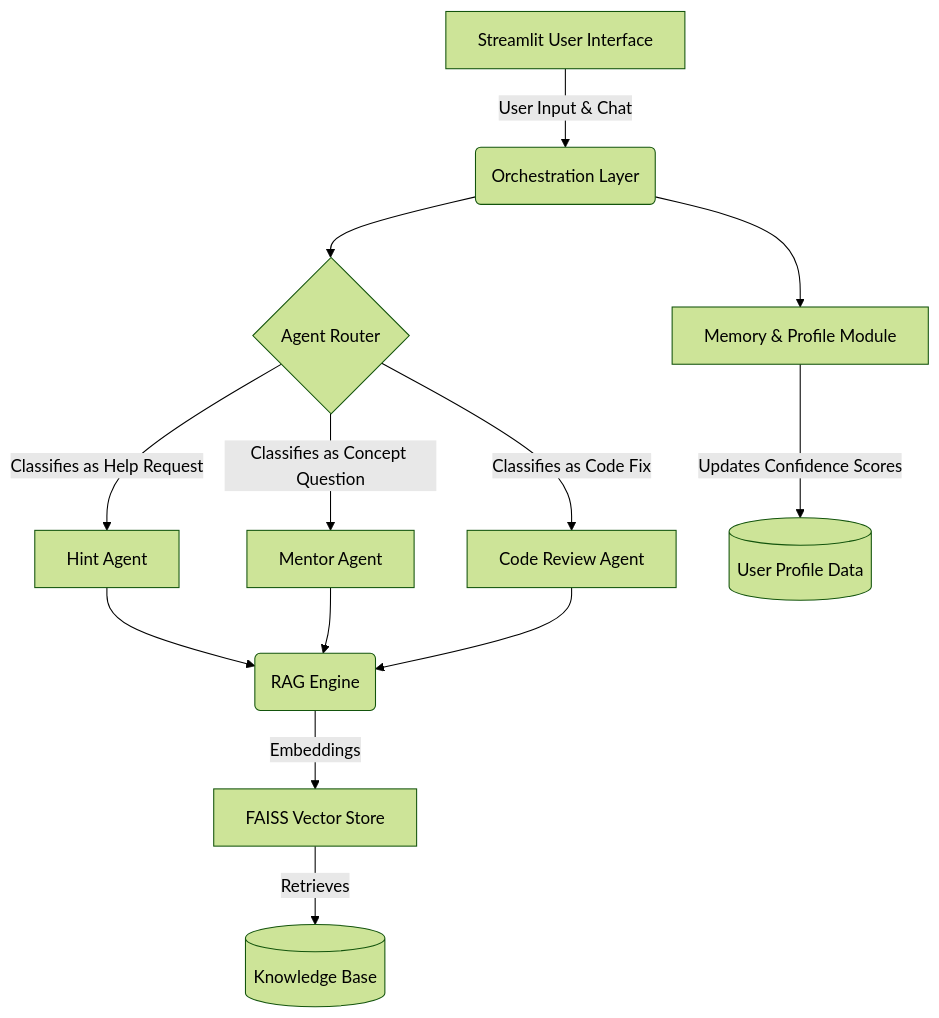
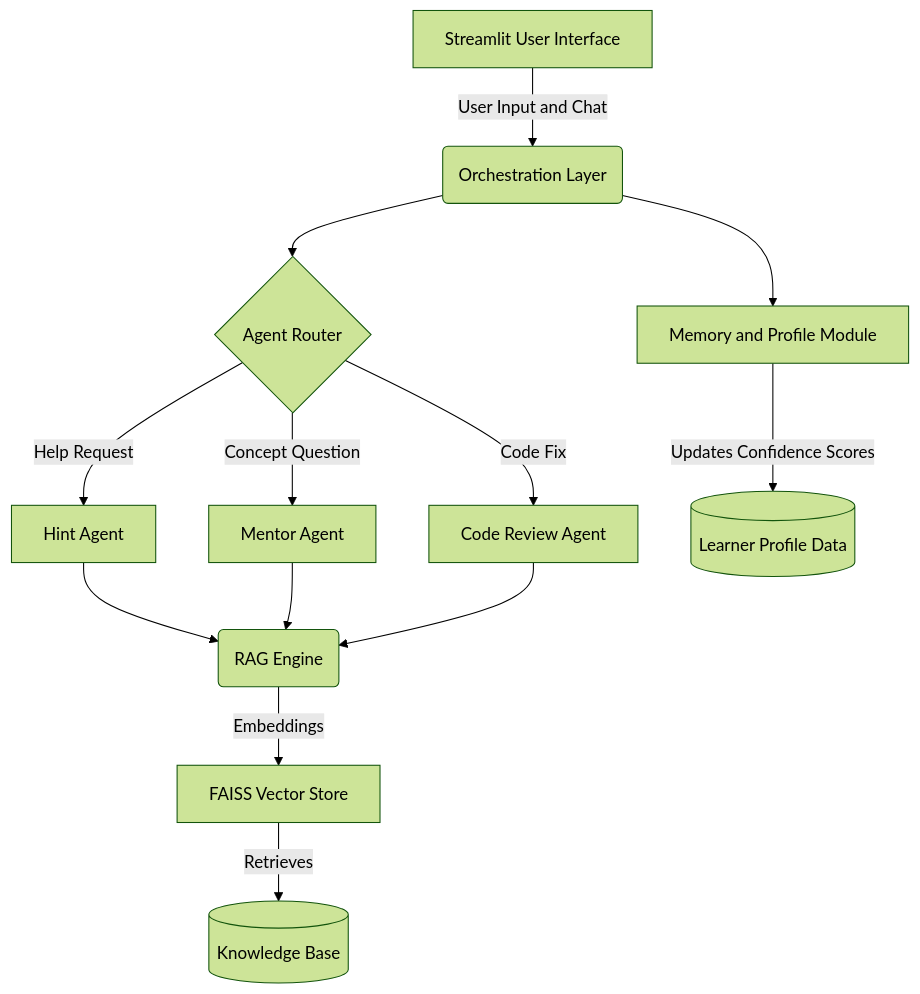
The first of 3 diagrams in README.md (sayeeg-11/SahiiiDSA), drawn with Mermaid (forest theme) before and after one commit. The commit also changed other lines of this file, not shown here.

````diff
--- a/README.md
+++ b/README.md
@@ -25,18 +95,18 @@
 ```mermaid
 flowchart TD
-    A[Streamlit User Interface] -->|User Input & Chat| B(Orchestration Layer)
+    A[Streamlit User Interface] -->|User Input and Chat| B(Orchestration Layer)
     B --> C{Agent Router}
-    C -->|Classifies as Help Request| D[Hint Agent]
-    C -->|Classifies as Concept Question| E[Mentor Agent]
-    C -->|Classifies as Code Fix| F[Code Review Agent]
-    
+    C -->|Help Request| D[Hint Agent]
+    C -->|Concept Question| E[Mentor Agent]
+    C -->|Code Fix| F[Code Review Agent]
+
     D --> G(RAG Engine)
     E --> G
     F --> G
-    
+
     G -->|Embeddings| H[FAISS Vector Store]
     H -->|Retrieves| I[(Knowledge Base)]
-    
-    B --> J[Memory & Profile Module]
-    J -->|Updates Confidence Scores| K[(User Profile Data)]
+
+    B --> J[Memory and Profile Module]
+    J -->|Updates Confidence Scores| K[(Learner Profile Data)]
 ```
````
